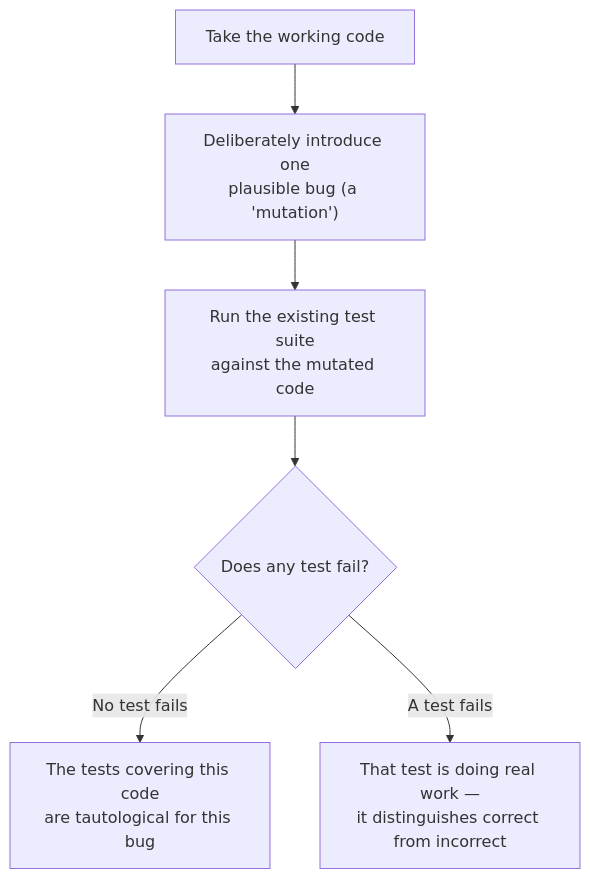
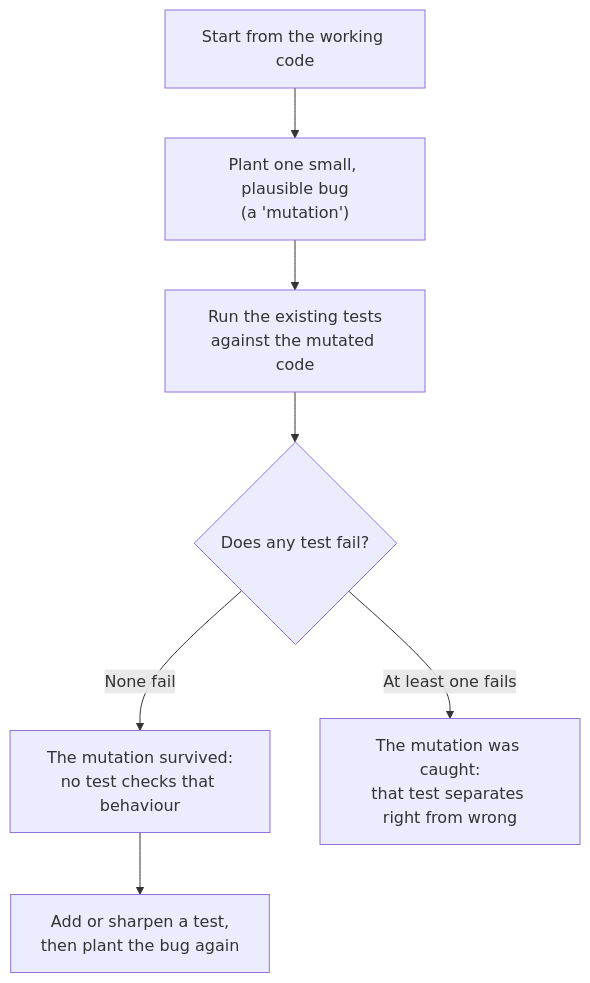
The diagram in src/content/testing-quality/assertions-matter/L2-concept.mdx (francoandreDev/knowledge), drawn with Mermaid before and after one commit. The commit also changed other lines of this file and 19 other files, not shown here.

````diff
--- a/src/content/testing-quality/assertions-matter/L2-concept.mdx
+++ b/src/content/testing-quality/assertions-matter/L2-concept.mdx
@@ -27,8 +33,9 @@
 ```mermaid
 flowchart TD
-    A["Take the working code"] --> B["Deliberately introduce one\nplausible bug (a 'mutation')"]
-    B --> C["Run the existing test suite\nagainst the mutated code"]
+    A["Start from the working code"] --> B["Plant one small, plausible bug\n(a 'mutation')"]
+    B --> C["Run the existing tests\nagainst the mutated code"]
     C --> D{"Does any test fail?"}
-    D -- "No test fails" --> E["The tests covering this code\nare tautological for this bug"]
-    D -- "A test fails" --> F["That test is doing real work —\nit distinguishes correct from incorrect"]
+    D -- "None fail" --> E["The mutation survived:\nno test checks that behaviour"]
+    D -- "At least one fails" --> F["The mutation was caught:\nthat test separates right from wrong"]
+    E --> G["Add or sharpen a test,\nthen plant the bug again"]
 ```
````
